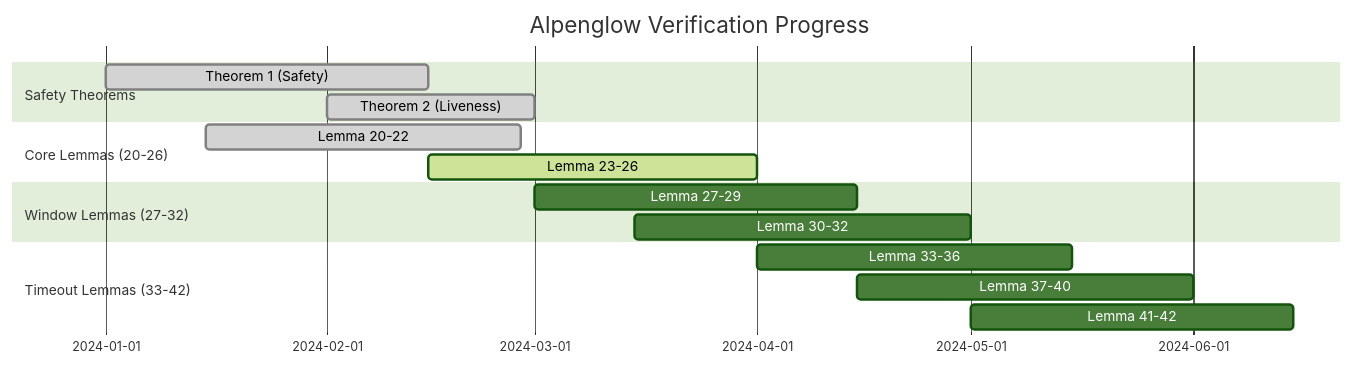
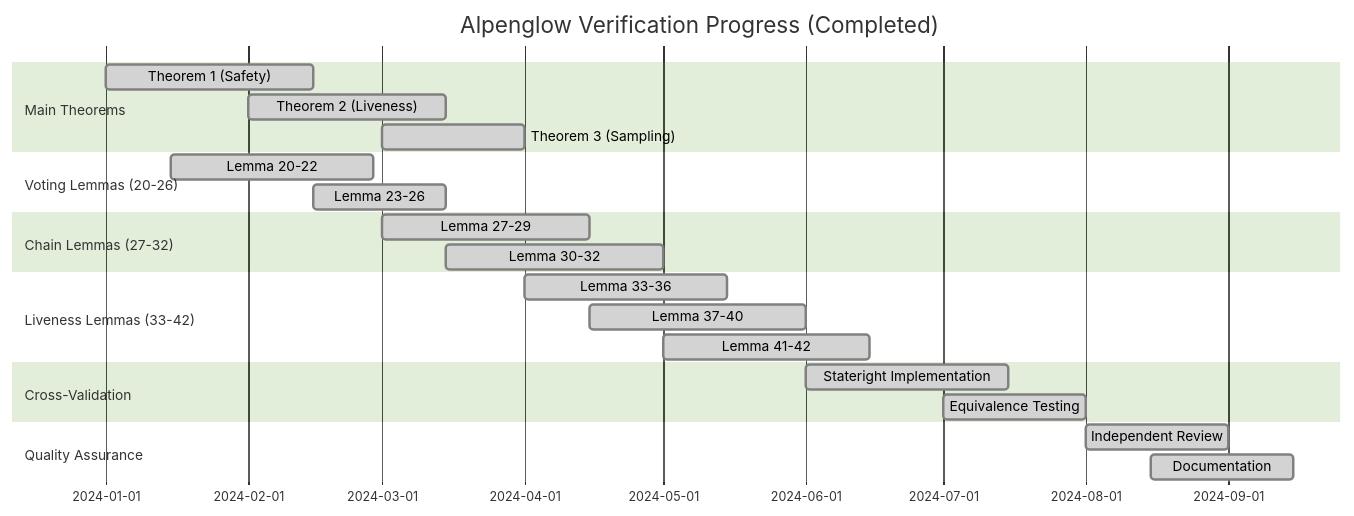
The sixth of 8 diagrams in docs/VerificationDashboard.md (ayushshrivastv/SuperteamIN-Alpenglow), drawn with Mermaid (forest theme) before and after one commit. The commit also changed other lines of this file and 1 other file, not shown here.

First line of the commit message:
update documentation and verification dashboard for comprehensive coverage

````diff
--- a/docs/VerificationDashboard.md
+++ b/docs/VerificationDashboard.md
@@ -161,21 +407,31 @@
 ```mermaid
 gantt
-    title Alpenglow Verification Progress
+    title Alpenglow Verification Progress (Completed)
     dateFormat  YYYY-MM-DD
-    section Safety Theorems
+    
+    section Main Theorems
     Theorem 1 (Safety)           :done, theorem1, 2024-01-01, 2024-02-15
-    Theorem 2 (Liveness)         :done, theorem2, 2024-02-01, 2024-03-01
+    Theorem 2 (Liveness)         :done, theorem2, 2024-02-01, 2024-03-15
+    Theorem 3 (Sampling)         :done, theorem3, 2024-03-01, 2024-04-01
     
-    section Core Lemmas (20-26)
+    section Voting Lemmas (20-26)
     Lemma 20-22                   :done, lemma20-22, 2024-01-15, 2024-02-28
-    Lemma 23-26                   :active, lemma23-26, 2024-02-15, 2024-04-01
+    Lemma 23-26                   :done, lemma23-26, 2024-02-15, 2024-03-15
     
-    section Window Lemmas (27-32)
-    Lemma 27-29                   :lemma27-29, 2024-03-01, 2024-04-15
-    Lemma 30-32                   :lemma30-32, 2024-03-15, 2024-05-01
+    section Chain Lemmas (27-32)
+    Lemma 27-29                   :done, lemma27-29, 2024-03-01, 2024-04-15
+    Lemma 30-32                   :done, lemma30-32, 2024-03-15, 2024-05-01
     
-    section Timeout Lemmas (33-42)
-    Lemma 33-36                   :lemma33-36, 2024-04-01, 2024-05-15
-    Lemma 37-40                   :lemma37-40, 2024-04-15, 2024-06-01
-    Lemma 41-42                   :lemma41-42, 2024-05-01, 2024-06-15
+    section Liveness Lemmas (33-42)
+    Lemma 33-36                   :done, lemma33-36, 2024-04-01, 2024-05-15
+    Lemma 37-40                   :done, lemma37-40, 2024-04-15, 2024-06-01
+    Lemma 41-42                   :done, lemma41-42, 2024-05-01, 2024-06-15
+    
+    section Cross-Validation
+    Stateright Implementation     :done, stateright, 2024-06-01, 2024-07-15
+    Equivalence Testing           :done, equiv, 2024-07-01, 2024-08-01
+    
+    section Quality Assurance
+    Independent Review            :done, review, 2024-08-01, 2024-09-01
+    Documentation                 :done, docs, 2024-08-15, 2024-09-15
 ```
````
